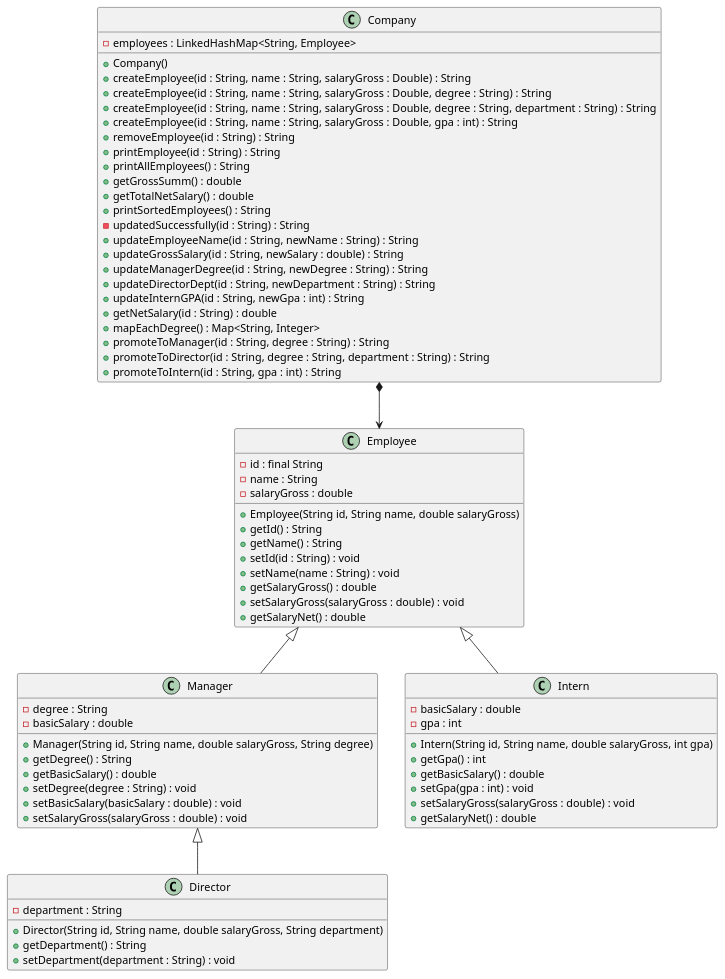
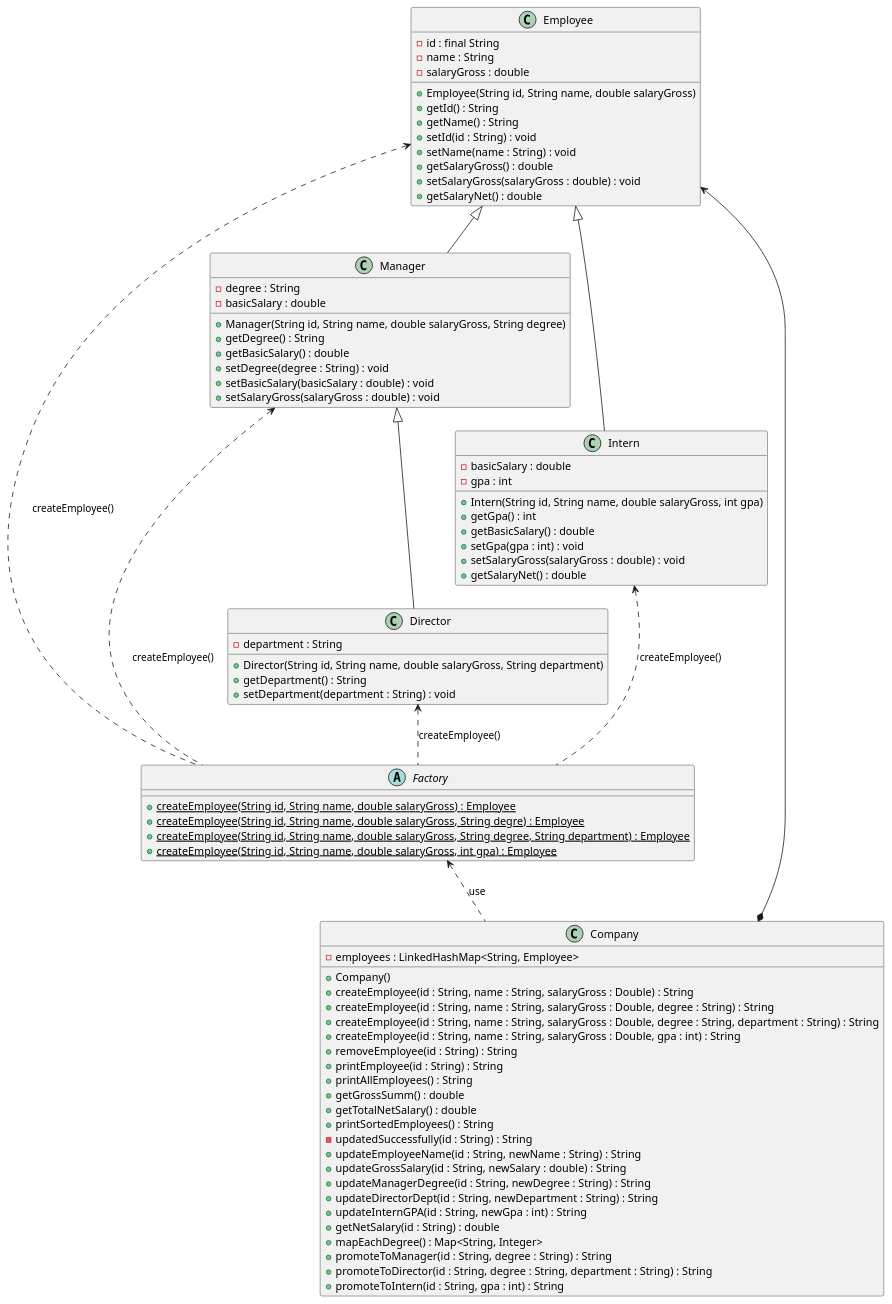
The diagram in dia.puml (pronoooobster/Assignment-3-class-diagram), drawn with PlantUML before and after one commit. The commit also changed 1 other file, not shown here.

Commit message:
Updated diagrams

```diff
--- a/dia.puml
+++ b/dia.puml
@@ -1,73 +1,87 @@
 @startuml
     class Employee {
         -id : final String 
         -name : String
         -salaryGross : double
 
         +Employee(String id, String name, double salaryGross)
         +getId() : String
         +getName() : String
         +setId(id : String) : void
         +setName(name : String) : void
         +getSalaryGross() : double
         +setSalaryGross(salaryGross : double) : void
         +getSalaryNet() : double
     }
+    abstract class Factory {
+        {static} +createEmployee(String id, String name, double salaryGross) : Employee
+        {static} +createEmployee(String id, String name, double salaryGross, String degre) : Employee
+        {static} +createEmployee(String id, String name, double salaryGross, String degree, String department) : Employee
+        {static} +createEmployee(String id, String name, double salaryGross, int gpa) : Employee
+    }
+
     class Manager {
         -degree : String
         -basicSalary : double
         +Manager(String id, String name, double salaryGross, String degree)
         +getDegree() : String
         +getBasicSalary() : double
         +setDegree(degree : String) : void
         +setBasicSalary(basicSalary : double) : void
         +setSalaryGross(salaryGross : double) : void
     }
     class Director {
         -department : String
         +Director(String id, String name, double salaryGross, String department)
         +getDepartment() : String
         +setDepartment(department : String) : void
     }
     class Intern {
         -basicSalary : double
         -gpa : int
         +Intern(String id, String name, double salaryGross, int gpa)
         +getGpa() : int
         +getBasicSalary() : double
         +setGpa(gpa : int) : void
         +setSalaryGross(salaryGross : double) : void
         +getSalaryNet() : double
 
     }
     class Company {
         -employees : LinkedHashMap<String, Employee>
         +Company()
         +createEmployee(id : String, name : String, salaryGross : Double) : String
         +createEmployee(id : String, name : String, salaryGross : Double, degree : String) : String
         +createEmployee(id : String, name : String, salaryGross : Double, degree : String, department : String) : String
         +createEmployee(id : String, name : String, salaryGross : Double, gpa : int) : String
         +removeEmployee(id : String) : String
         +printEmployee(id : String) : String
         +printAllEmployees() : String
         +getGrossSumm() : double
         +getTotalNetSalary() : double
         +printSortedEmployees() : String
         -updatedSuccessfully(id : String) : String
         +updateEmployeeName(id : String, newName : String) : String
         +updateGrossSalary(id : String, newSalary : double) : String
         +updateManagerDegree(id : String, newDegree : String) : String
         +updateDirectorDept(id : String, newDepartment : String) : String
         +updateInternGPA(id : String, newGpa : int) : String
         +getNetSalary(id : String) : double
         +mapEachDegree() : Map<String, Integer>
         +promoteToManager(id : String, degree : String) : String
         +promoteToDirector(id : String, degree : String, department : String) : String
         +promoteToIntern(id : String, gpa : int) : String
     }
 
     Employee <|-- Manager
     Manager <|-- Director
     Employee <|-- Intern
     Company *--> Employee
+    
+    Employee <.. Factory : createEmployee()
+    Manager <.. Factory : createEmployee()
+    Director <.. Factory : createEmployee()
+    Intern <.. Factory : createEmployee()
+
+    Factory <.. Company : use
 @enduml
```
